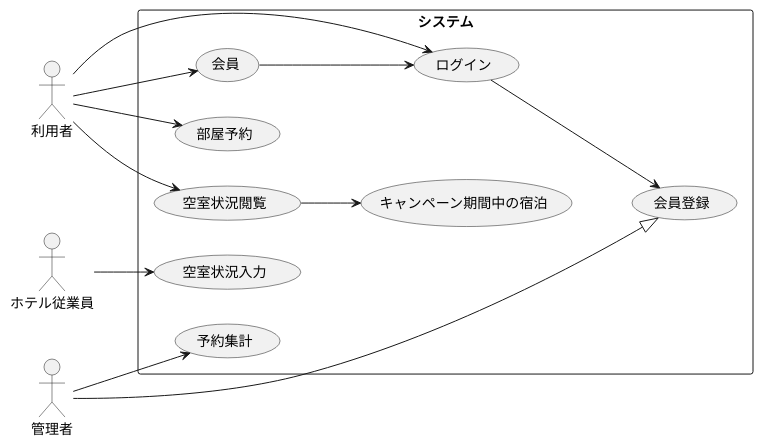
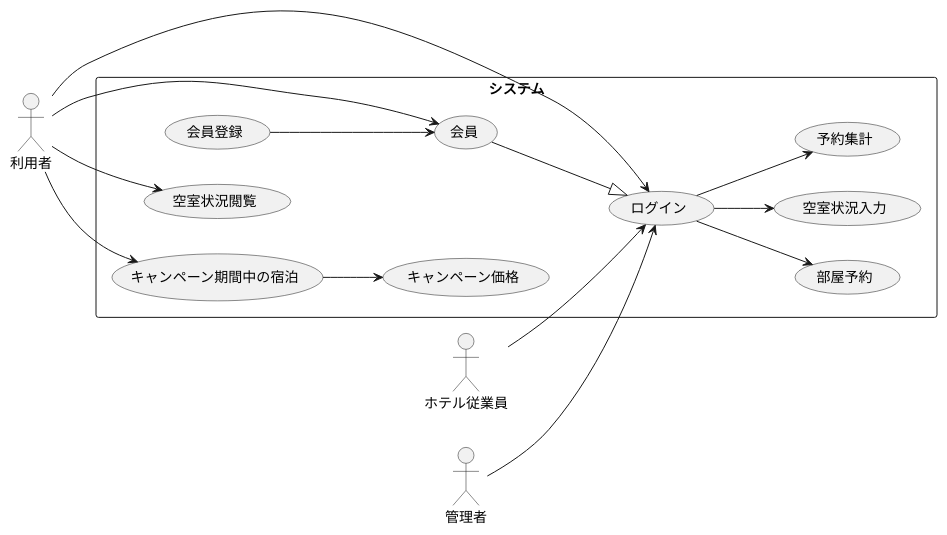
One commit to nishiyu0919/uml-introduction changed the diagram in 演習2-8_UC_ホテル予約システム.pu. Above: the diagram before and after it, drawn with PlantUML.

Commit message:
演習2-8

```diff
--- a/演習2-8_UC_ホテル予約システム.pu
+++ b/演習2-8_UC_ホテル予約システム.pu
@@ -1,34 +1,36 @@
 @startuml 演習2-8
 left to right direction
 
 actor 利用者 
 actor ホテル従業員 
 actor 管理者 
 
 rectangle システム {
   usecase ログイン 
   usecase 会員登録 
   usecase 会員
   usecase 空室状況閲覧 
   usecase 部屋予約 
+  usecase 空室状況入力
   usecase 予約集計 
+  usecase キャンペーン価格
   usecase キャンペーン期間中の宿泊 
 
-  利用者 --> (ログイン)
-  利用者 --> (空室状況閲覧)
-  利用者 --> (部屋予約)
-  ホテル従業員 --> (空室状況入力)
-  管理者 --> (予約集計)
+  利用者 --> ログイン
+  利用者 --> 空室状況閲覧
+  ログイン --> 部屋予約
+  ホテル従業員 --> ログイン
+  ログイン --> 空室状況入力
+  管理者 --> ログイン
+  ログイン --> 予約集計 
 
-  ログイン --> (会員登録)
+  利用者 --> 会員
+  会員登録 --> 会員
+  会員 --|> ログイン
 
-  空室状況閲覧 --> (キャンペーン期間中の宿泊)
-
-  
-    利用者 --> 会員
-    会員 --> ログイン
-    管理者 --|> 会員登録
+  利用者 --> キャンペーン期間中の宿泊
+  キャンペーン期間中の宿泊 --> キャンペーン価格
   
 }
 
 @enduml
```
